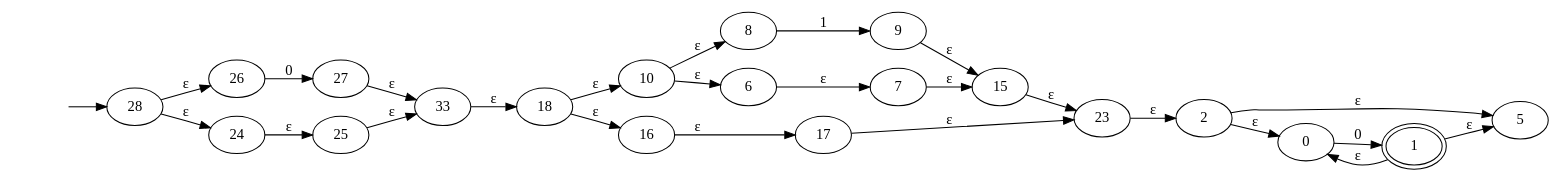
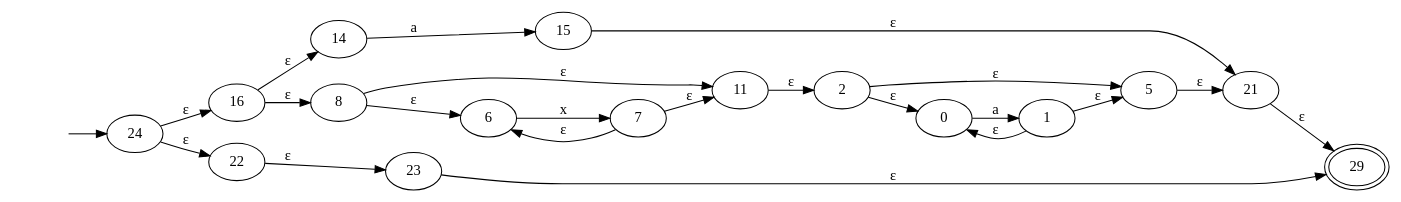
Before and after one commit to JuanDiegoAvila/Laboratorio_Compiladores: the diagram in test-output/round-table.gv, drawn with Graphviz. The commit also changed 4 other files, not shown here.

```diff
--- a/test-output/round-table.gv
+++ b/test-output/round-table.gv
@@ -1,49 +1,42 @@
 digraph {
 	graph [rankdir=LR]
 	inicio [label="" shape=none]
-	28
-	inicio -> 28
-	28 -> 26 [label="ε"]
-	28 -> 24 [label="ε"]
-	26
-	26 -> 27 [label=0]
 	24
-	24 -> 25 [label="ε"]
-	27
-	27 -> 33 [label="ε"]
-	25
-	25 -> 33 [label="ε"]
-	33
-	33 -> 18 [label="ε"]
-	18
-	18 -> 10 [label="ε"]
-	18 -> 16 [label="ε"]
-	10
-	10 -> 8 [label="ε"]
-	10 -> 6 [label="ε"]
+	inicio -> 24
+	24 -> 16 [label="ε"]
+	24 -> 22 [label="ε"]
 	16
-	16 -> 17 [label="ε"]
+	16 -> 14 [label="ε"]
+	16 -> 8 [label="ε"]
+	22
+	22 -> 23 [label="ε"]
+	14
+	14 -> 15 [label=a]
 	8
-	8 -> 9 [label=1]
+	8 -> 11 [label="ε"]
+	8 -> 6 [label="ε"]
+	23
+	23 -> 29 [label="ε"]
+	15
+	15 -> 21 [label="ε"]
+	11
+	11 -> 2 [label="ε"]
 	6
-	6 -> 7 [label="ε"]
-	17
-	17 -> 23 [label="ε"]
-	9
-	9 -> 15 [label="ε"]
-	7
-	7 -> 15 [label="ε"]
-	23
-	23 -> 2 [label="ε"]
-	15
-	15 -> 23 [label="ε"]
+	6 -> 7 [label=x]
+	29 [peripheries=2]
+	21
+	21 -> 29 [label="ε"]
 	2
 	2 -> 5 [label="ε"]
 	2 -> 0 [label="ε"]
+	7
+	7 -> 6 [label="ε"]
+	7 -> 11 [label="ε"]
 	5
+	5 -> 21 [label="ε"]
 	0
-	0 -> 1 [label=0]
-	1 [peripheries=2]
+	0 -> 1 [label=a]
+	1
 	1 -> 0 [label="ε"]
 	1 -> 5 [label="ε"]
 }
```
